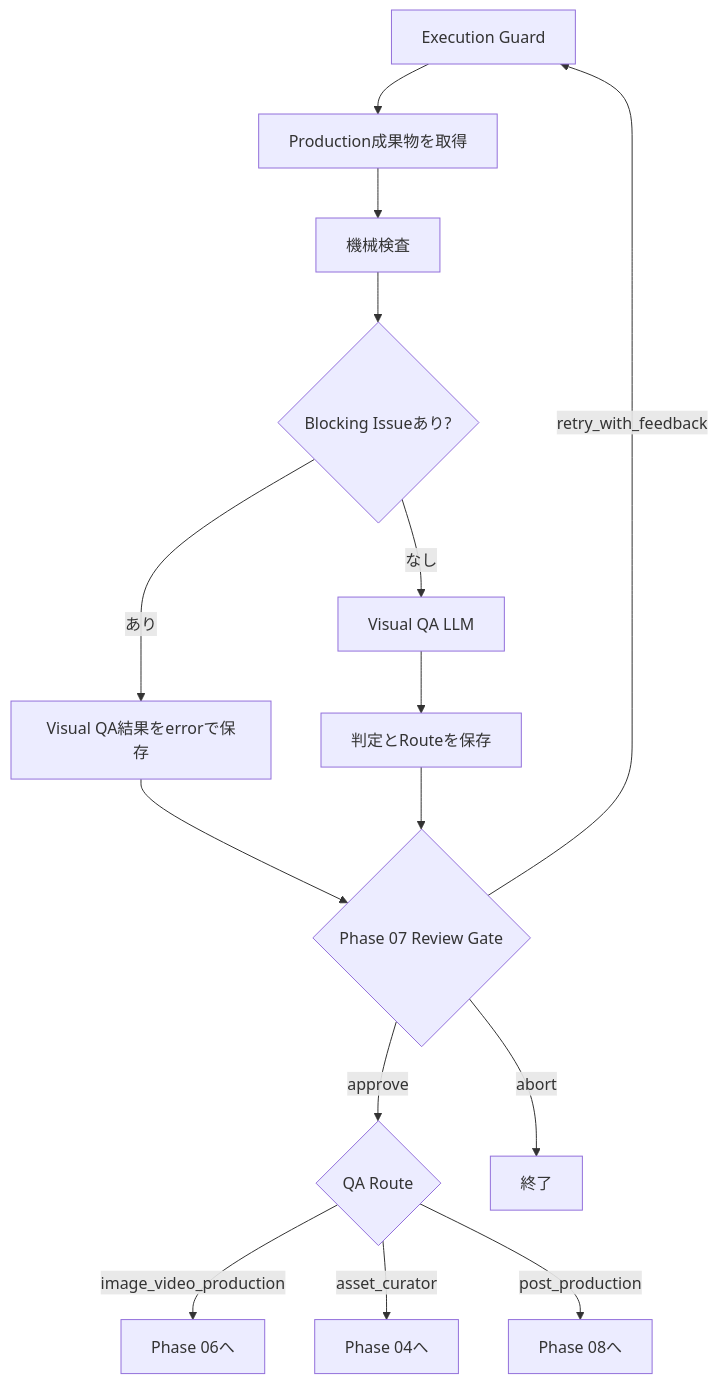
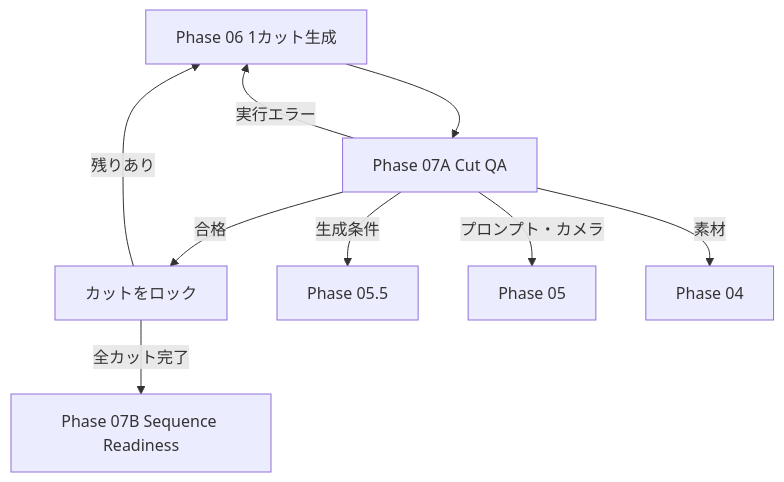
Before and after one commit to kawaharakoshiro23h-source/Agewec: the diagram in workflow_v2/PHASE_07_VISUAL_QA.md, drawn with Mermaid. The commit also changed other lines of this file and 39 other files, not shown here.

````diff
--- a/workflow_v2/PHASE_07_VISUAL_QA.md
+++ b/workflow_v2/PHASE_07_VISUAL_QA.md
@@ -49,17 +11,11 @@
 ```mermaid
 flowchart TD
-    G["Execution Guard"] --> I["Production成果物を取得"]
-    I --> T["機械検査"]
-    T --> E{"Blocking Issueあり?"}
-    E -->|"あり"| S["Visual QA結果をerrorで保存"]
-    E -->|"なし"| L["Visual QA LLM"]
-    L --> Q["判定とRouteを保存"]
-    S --> H{"Phase 07 Review Gate"}
-    Q --> H
-    H -->|"approve"| R{"QA Route"}
-    H -->|"retry_with_feedback"| G
-    H -->|"abort"| X["終了"]
-    R -->|"image_video_production"| P["Phase 06へ"]
-    R -->|"asset_curator"| A["Phase 04へ"]
-    R -->|"post_production"| POST["Phase 08へ"]
+    P["Phase 06 1カット生成"] --> A["Phase 07A Cut QA"]
+    A -->|"合格"| L["カットをロック"]
+    L -->|"残りあり"| P
+    L -->|"全カット完了"| B["Phase 07B Sequence Readiness"]
+    A -->|"実行エラー"| P
+    A -->|"生成条件"| S["Phase 05.5"]
+    A -->|"プロンプト・カメラ"| D["Phase 05"]
+    A -->|"素材"| C["Phase 04"]
 ```
````
